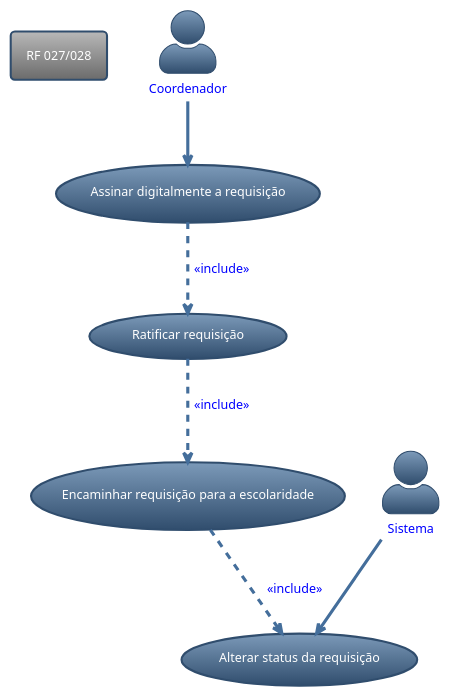
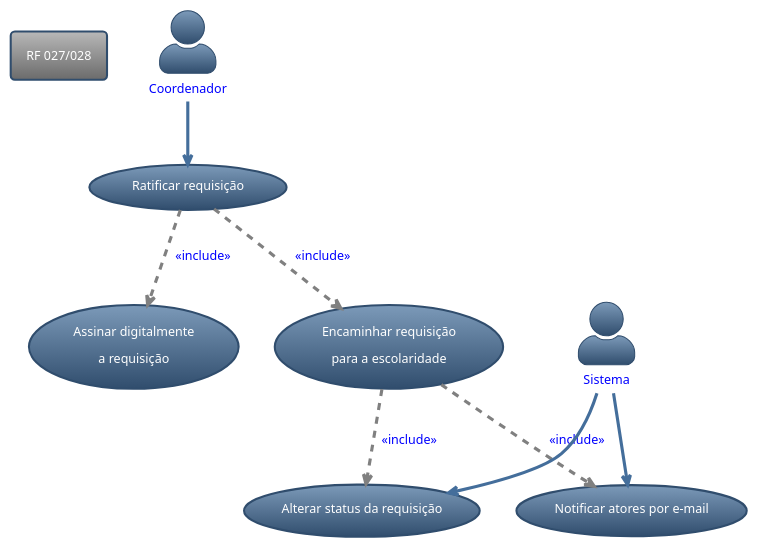
The diagram in docs_source/src/2. Níveis/2.4 Código - C4/2.4.1 Casos de uso/2.4.3 Coordenador/RF_027_028.puml (kvojps/sistema-acs), drawn with PlantUML before and after one commit. The commit also changed 11 other files, not shown here.

```diff
--- a/docs_source/src/2. Níveis/2.4 Código - C4/2.4.1 Casos de uso/2.4.3 Coordenador/RF_027_028.puml
+++ b/docs_source/src/2. Níveis/2.4 Código - C4/2.4.1 Casos de uso/2.4.3 Coordenador/RF_027_028.puml
@@ -1,19 +1,22 @@
 @startuml RF 1.11/1.12
 skinparam actorStyle awesome
 !theme spacelab
 rectangle "RF 027/028"
 :Coordenador: as coordenador #text:blue
 :Sistema: as sistema #text:blue
 
 (Ratificar requisição) as ratificar_requisicao
-(Assinar digitalmente a requisição) as assinar_requisicao
-(Encaminhar requisição para a escolaridade) as encaminhar_requisicao
+(Assinar digitalmente\na requisição) as assinar_requisicao
+(Encaminhar requisição\npara a escolaridade) as encaminhar_requisicao
 (Alterar status da requisição) as alterar_status_requisicao
+(Notificar atores por e-mail) as notificar_atores
 
 
-coordenador --> assinar_requisicao
+coordenador --> ratificar_requisicao
+ratificar_requisicao  ..> assinar_requisicao  #line:gray;text:blue : <<include>>
+ratificar_requisicao ..> encaminhar_requisicao #line:gray;text:blue : <<include>>  
+encaminhar_requisicao ..> alterar_status_requisicao #line:gray;text:blue : <<include>> 
+encaminhar_requisicao ..> notificar_atores #line:gray;text:blue : <<include>>   
 sistema --> alterar_status_requisicao
-assinar_requisicao ..> ratificar_requisicao #text:blue : <<include>>
-ratificar_requisicao ..> encaminhar_requisicao #text:blue : <<include>>  
-encaminhar_requisicao ..> alterar_status_requisicao #text:blue : <<include>>  
+sistema --> notificar_atores
 @enduml
```
